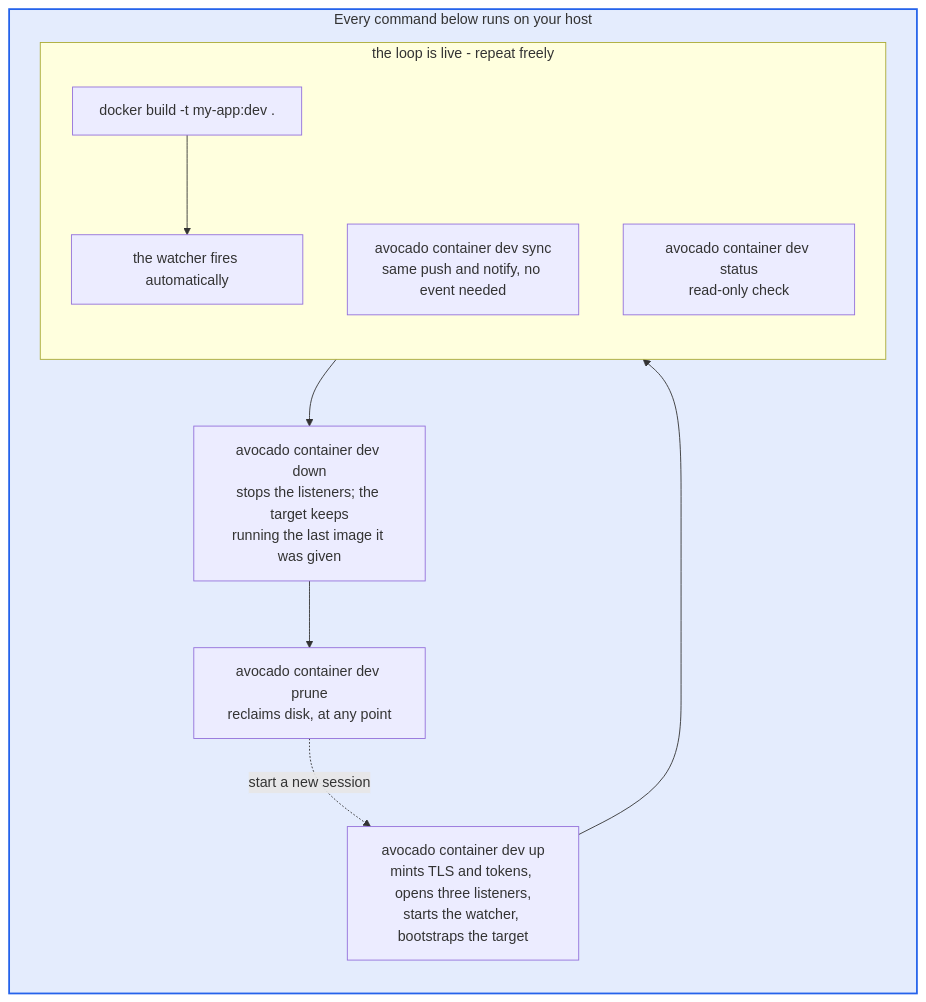
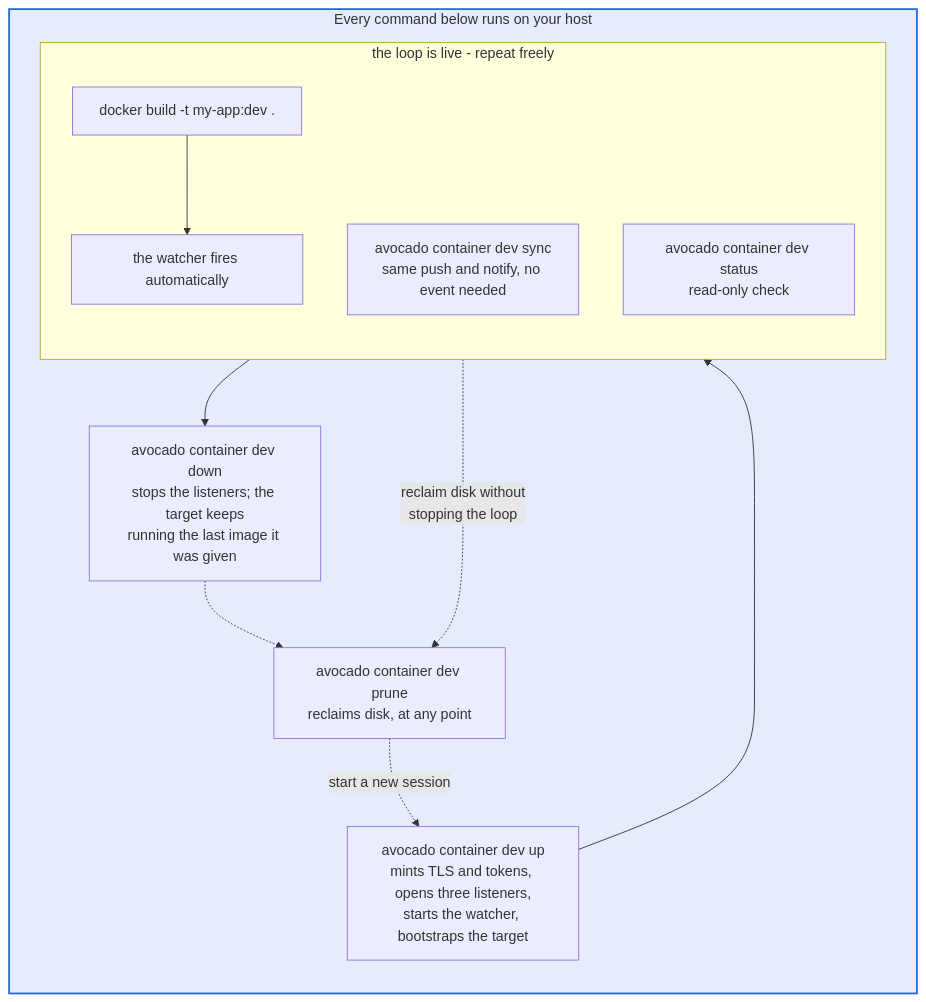
Before and after one commit to peridio/docs: the second of 5 diagrams in src/docs-guides/container-dev-mode.md, drawn with Mermaid. The commit also changed other lines of this file and 1 other file, not shown here.

First line of the commit message:
docs-guides/container-dev-mode: make the figures agree with the prose

````diff
--- a/src/docs-guides/container-dev-mode.md
+++ b/src/docs-guides/container-dev-mode.md
@@ -195,28 +203,34 @@
 ```mermaid
 flowchart TD
     subgraph runs["Every command below runs on your host"]
         direction TB
         up["avocado container dev up<br/>mints TLS and tokens, opens three listeners,<br/>starts the watcher, bootstraps the target"]
 
         subgraph live["the loop is live - repeat freely"]
             direction TB
             b["docker build -t my-app:dev ."]
             w["the watcher fires automatically"]
             s["avocado container dev sync<br/>same push and notify, no event needed"]
             st["avocado container dev status<br/>read-only check"]
             b --> w
         end
 
         down["avocado container dev down<br/>stops the listeners; the target keeps<br/>running the last image it was given"]
         prune["avocado container dev prune<br/>reclaims disk, at any point"]
 
         up --> live
         live --> down
-        down --> prune
+        %% `prune` is reachable from the live loop, not only after `down`. The
+        %% dotted edges are the optional ones: pruning mid-session is supported
+        %% (it refuses to sweep a blob a device is still pulling), so drawing it
+        %% only downstream of `down` told a reader low on disk to give up a live
+        %% loop the prose says they can keep.
+        live -.->|"reclaim disk without<br/>stopping the loop"| prune
+        down -.-> prune
         prune -.->|"start a new session"| up
     end
 
     %% Blue for your host, matching the rest of the page. Nothing here is amber
     %% because nothing here runs on the target.
     style runs fill:#2563eb1f,stroke:#2563eb,stroke-width:2px
 ```
````
